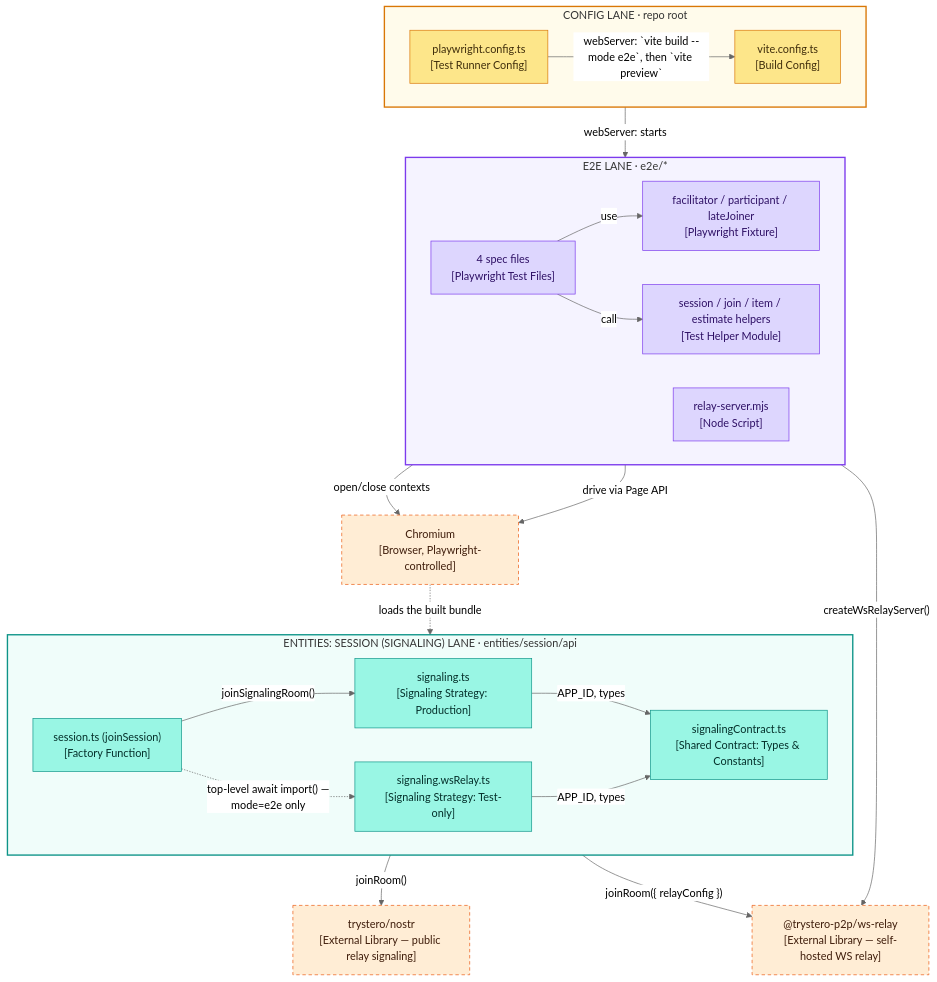
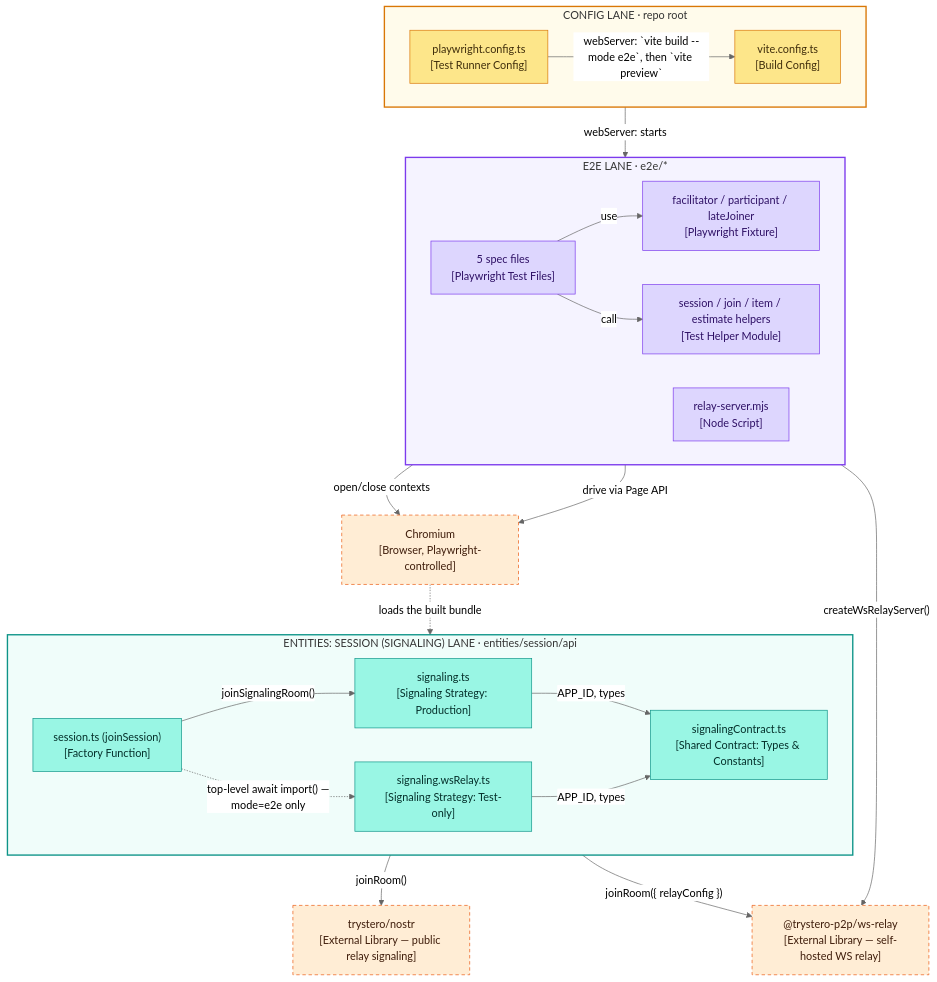
Before and after one commit to cfisch3r/estimate: the first of 3 diagrams in docs/concepts/e2e-testing.md, drawn with Mermaid (neutral theme). The commit also changed other lines of this file and 22 other files, not shown here.

````diff
--- a/docs/concepts/e2e-testing.md
+++ b/docs/concepts/e2e-testing.md
@@ -20,57 +23,57 @@
 ```mermaid
 flowchart TD
   subgraph e2elane["E2E LANE · e2e/*"]
     direction LR
-    Specs["4 spec files<br/>[Playwright Test Files]"]
+    Specs["5 spec files<br/>[Playwright Test Files]"]
     Fixtures["facilitator / participant / lateJoiner<br/>[Playwright Fixture]"]
     Helpers["session / join / item / estimate helpers<br/>[Test Helper Module]"]
     RelayScript["relay-server.mjs<br/>[Node Script]"]
   end
 
   subgraph configlane["CONFIG LANE · repo root"]
     direction LR
     PWConfig["playwright.config.ts<br/>[Test Runner Config]"]
     ViteConfig["vite.config.ts<br/>[Build Config]"]
   end
 
   subgraph signalinglane["ENTITIES: SESSION (SIGNALING) LANE · entities/session/api"]
     direction LR
     SessionFactory["session.ts (joinSession)<br/>[Factory Function]"]
     SigProd["signaling.ts<br/>[Signaling Strategy: Production]"]
     SigTest["signaling.wsRelay.ts<br/>[Signaling Strategy: Test-only]"]
     SigShared["signalingContract.ts<br/>[Shared Contract: Types & Constants]"]
   end
 
   WsRelayLib["@trystero-p2p/ws-relay<br/>[External Library — self-hosted WS relay]"]
   NostrLib["trystero/nostr<br/>[External Library — public relay signaling]"]
   Chromium["Chromium<br/>[Browser, Playwright-controlled]"]
 
   Specs -->|"use"| Fixtures
   Specs -->|"call"| Helpers
   Fixtures -->|"open/close contexts"| Chromium
   Helpers -->|"drive via Page API"| Chromium
   PWConfig -->|"webServer: starts"| RelayScript
   PWConfig -->|"webServer: `vite build --mode e2e`, then `vite preview`"| ViteConfig
   RelayScript -->|"createWsRelayServer()"| WsRelayLib
   SessionFactory -.->|"top-level await import() —<br/>mode=e2e only"| SigTest
   SessionFactory -->|"joinSignalingRoom()"| SigProd
   SigProd -->|"APP_ID, types"| SigShared
   SigTest -->|"APP_ID, types"| SigShared
   SigProd -->|"joinRoom()"| NostrLib
   SigTest -->|"joinRoom({ relayConfig })"| WsRelayLib
   Chromium -.->|"loads the built bundle"| SessionFactory
 
   classDef e2e   fill:#DDD6FE,stroke:#7C3AED,color:#2E1065
   classDef cfg   fill:#FDE68A,stroke:#D97706,color:#3F2D0B
   classDef sig   fill:#99F6E4,stroke:#0D9488,color:#042F2A
   classDef ext   fill:#FFEDD5,stroke:#EA580C,color:#3F1D0B,stroke-dasharray:5 4
 
   class Specs,Fixtures,Helpers,RelayScript e2e
   class PWConfig,ViteConfig cfg
   class SessionFactory,SigProd,SigTest,SigShared sig
   class WsRelayLib,NostrLib,Chromium ext
 
   style e2elane fill:#F5F3FF,stroke:#7C3AED,stroke-width:2px
   style configlane fill:#FFFBEB,stroke:#D97706,stroke-width:2px
   style signalinglane fill:#F0FDFA,stroke:#0D9488,stroke-width:2px
 ```
````
